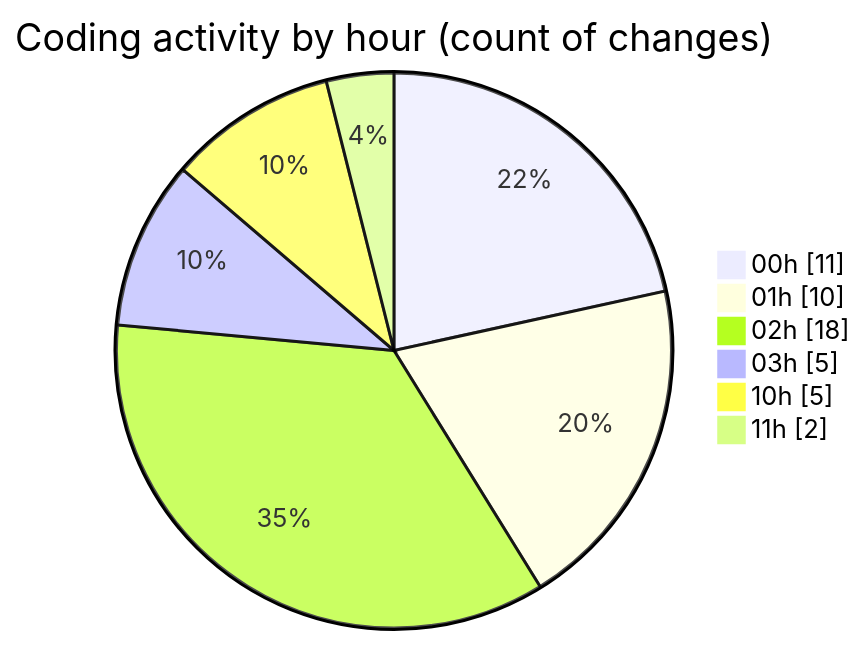
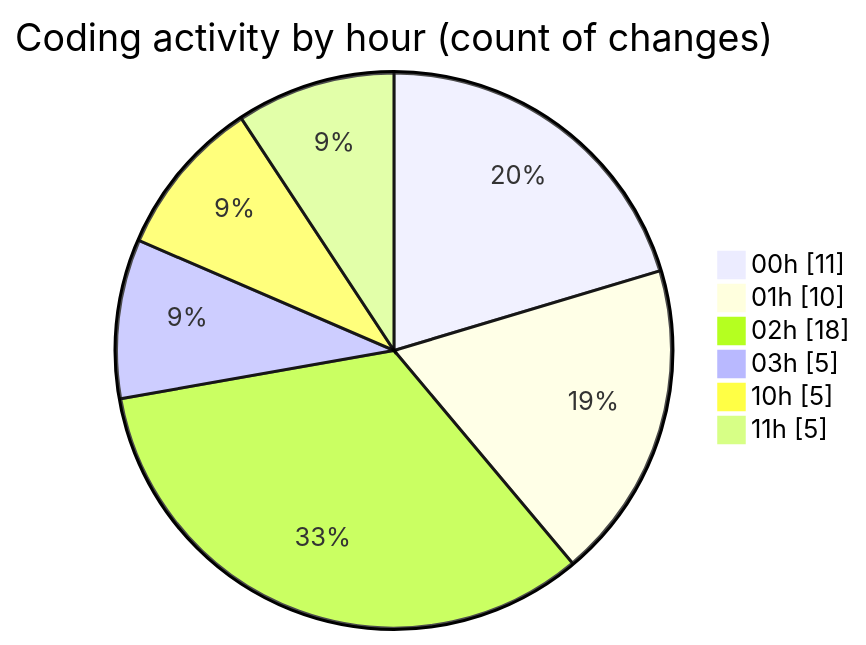
Before and after one commit to julien-gomy/code-tracking: the second of 2 diagrams in 2025-11-02/cdp_aleoudev_fr__workspace_/README.md, drawn with Mermaid. The commit also changed other lines of this file and 1 other file, not shown here.

````diff
--- a/2025-11-02/cdp_aleoudev_fr__workspace_/README.md
+++ b/2025-11-02/cdp_aleoudev_fr__workspace_/README.md
@@ -33,10 +33,10 @@
 ```mermaid
 pie showData
 title Coding activity by hour (count of changes)
 "00h" : 11
 "01h" : 10
 "02h" : 18
 "03h" : 5
 "10h" : 5
-"11h" : 2
+"11h" : 5
 ```
````
